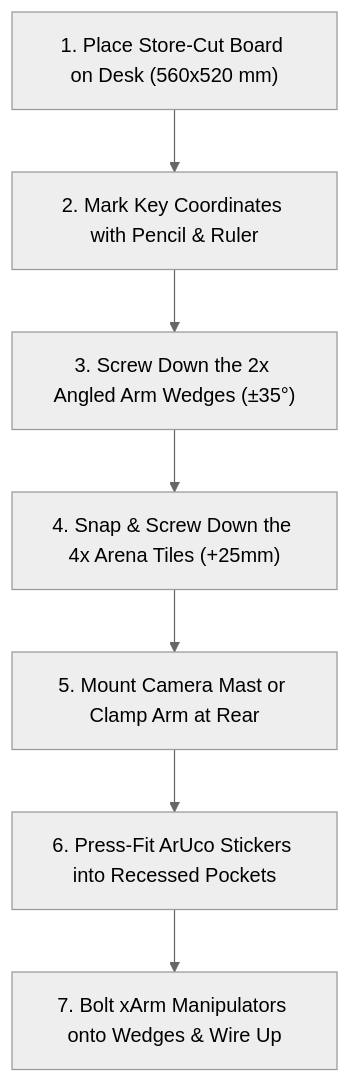
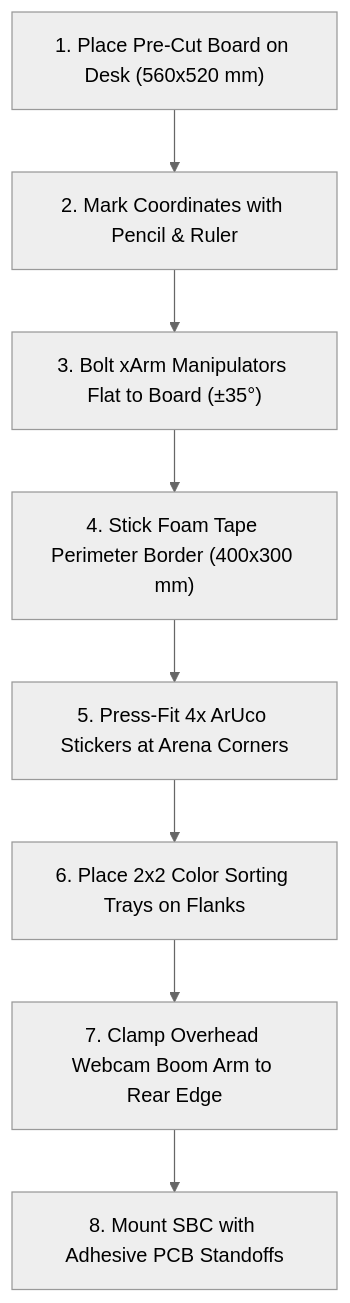
The diagram in docs/07_fusion360_cad_modeling_guide.md (ShubhamJain17r/Sem-5-mini-project), drawn with Mermaid (neutral theme) before and after one commit. The commit also changed other lines of this file, not shown here.

````diff
--- a/docs/07_fusion360_cad_modeling_guide.md
+++ b/docs/07_fusion360_cad_modeling_guide.md
@@ -165,9 +119,10 @@
 ```mermaid
 graph TD
-    A["1. Place Store-Cut Board on Desk (560x520 mm)"] --> B["2. Mark Key Coordinates with Pencil & Ruler"]
-    B --> C["3. Screw Down the 2x Angled Arm Wedges (±35°)"]
-    C --> D["4. Snap & Screw Down the 4x Arena Tiles (+25mm)"]
-    D --> E["5. Mount Camera Mast or Clamp Arm at Rear"]
-    E --> F["6. Press-Fit ArUco Stickers into Recessed Pockets"]
-    F --> G["7. Bolt xArm Manipulators onto Wedges & Wire Up"]
+    A["1. Place Pre-Cut Board on Desk (560x520 mm)"] --> B["2. Mark Coordinates with Pencil & Ruler"]
+    B --> C["3. Bolt xArm Manipulators Flat to Board (±35°)"]
+    C --> D["4. Stick Foam Tape Perimeter Border (400x300 mm)"]
+    D --> E["5. Press-Fit 4x ArUco Stickers at Arena Corners"]
+    E --> F["6. Place 2x2 Color Sorting Trays on Flanks"]
+    F --> G["7. Clamp Overhead Webcam Boom Arm to Rear Edge"]
+    G --> H["8. Mount SBC with Adhesive PCB Standoffs"]
 ```
````
